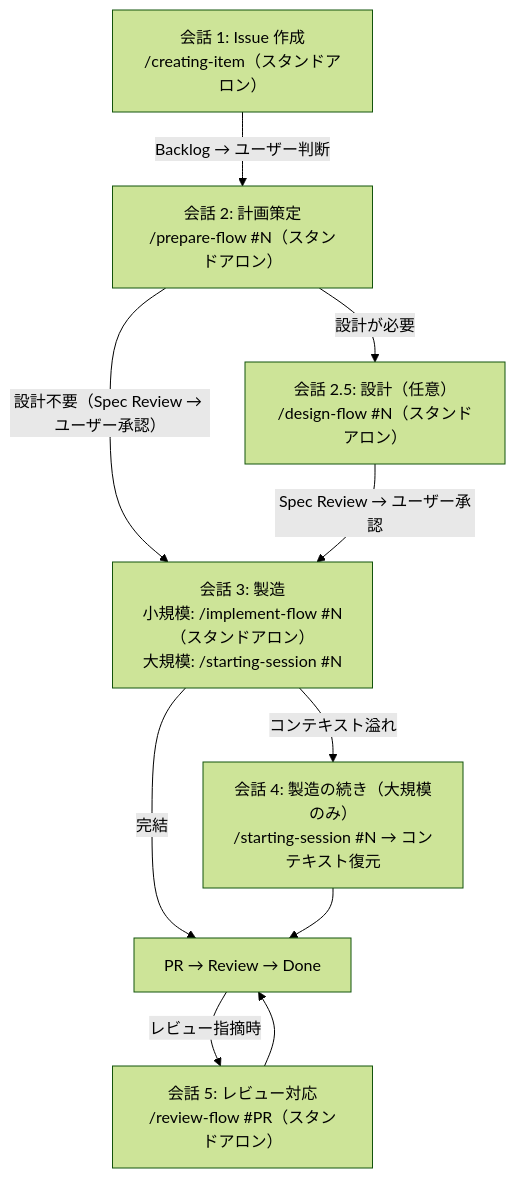
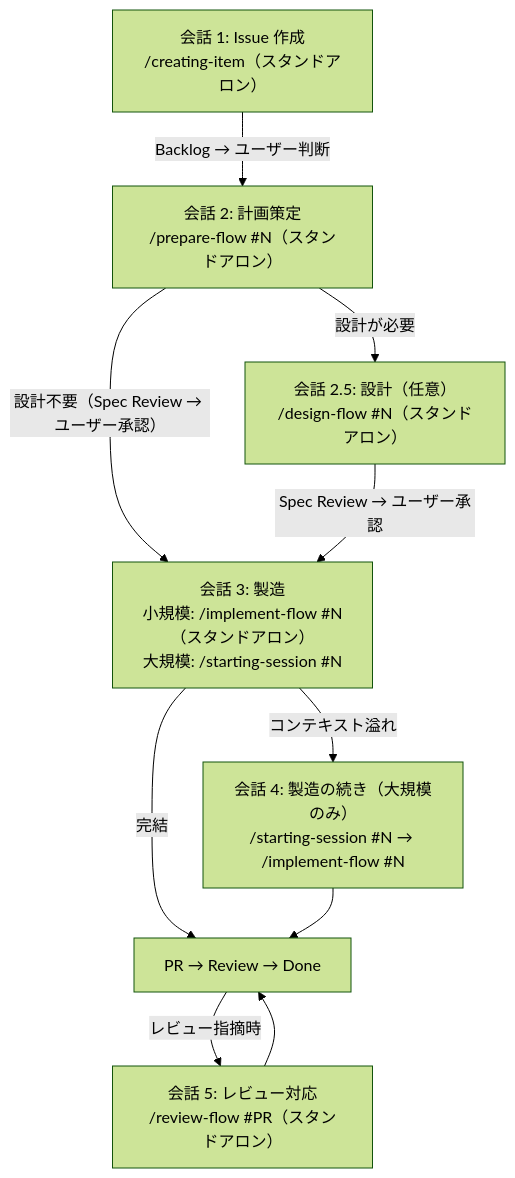
Before and after one commit to ShirokumaLibrary/shirokuma-plugins: the first of 2 diagrams in shirokuma-skills-ja/skills/implement-flow/reference/workflow-details.md, drawn with Mermaid (forest theme). The commit also changed other lines of this file and 33 other files, not shown here.

````diff
--- a/shirokuma-skills-ja/skills/implement-flow/reference/workflow-details.md
+++ b/shirokuma-skills-ja/skills/implement-flow/reference/workflow-details.md
@@ -9,18 +9,18 @@
 ```mermaid
 graph TD
     C1["会話 1: Issue 作成<br/>/creating-item（スタンドアロン）"]
     C2["会話 2: 計画策定<br/>/prepare-flow #N（スタンドアロン）"]
     C2D["会話 2.5: 設計（任意）<br/>/design-flow #N（スタンドアロン）"]
     C3["会話 3: 製造<br/>小規模: /implement-flow #N（スタンドアロン）<br/>大規模: /starting-session #N"]
-    C4["会話 4: 製造の続き（大規模のみ）<br/>/starting-session #N → コンテキスト復元"]
+    C4["会話 4: 製造の続き（大規模のみ）<br/>/starting-session #N → /implement-flow #N"]
 
     C1 -->|"Backlog → ユーザー判断"| C2
     C2 -->|"設計が必要"| C2D
     C2 -->|"設計不要（Spec Review → ユーザー承認）"| C3
     C2D -->|"Spec Review → ユーザー承認"| C3
     C3 -->|"コンテキスト溢れ"| C4
     C3 -->|"完結"| Done["PR → Review → Done"]
     C4 --> Done
     Done -->|"レビュー指摘時"| C5["会話 5: レビュー対応<br/>/review-flow #PR（スタンドアロン）"]
     C5 --> Done
 ```
````
